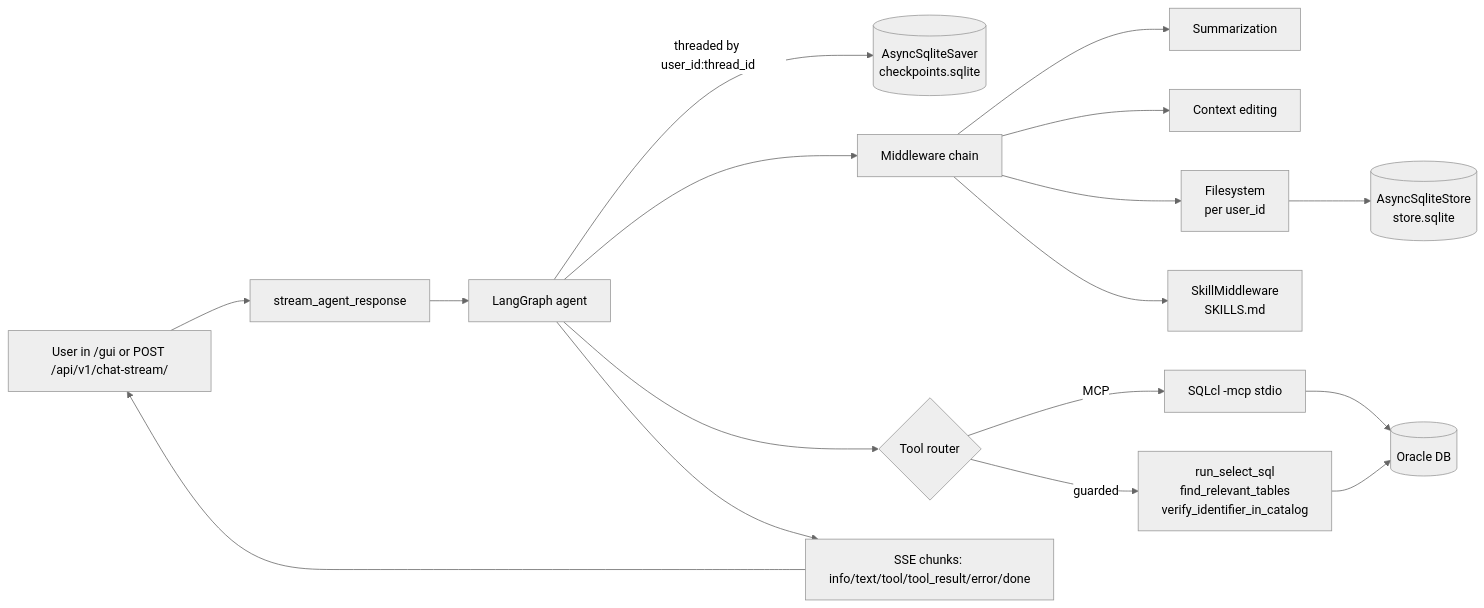
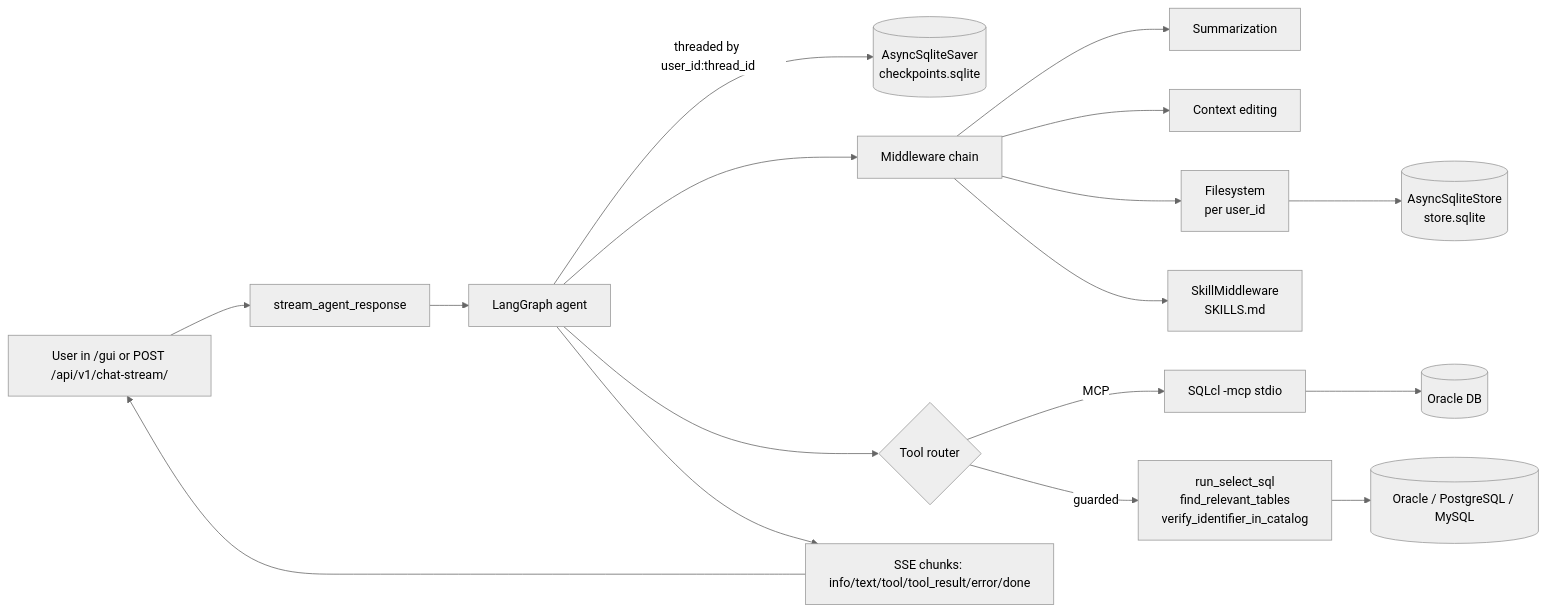
One commit to furbygaete/nl2sql-agent changed the diagram in README.md. Above: the diagram before and after it, drawn with Mermaid (neutral theme). The commit also changed other lines of this file and 25 other files, not shown here.

````diff
--- a/README.md
+++ b/README.md
@@ -9,19 +9,19 @@
 ```mermaid
 flowchart LR
   U[User in /gui or POST /api/v1/chat-stream/] --> Stream[stream_agent_response]
   Stream --> Agent[LangGraph agent]
   Agent -->|threaded by user_id:thread_id| Saver[(AsyncSqliteSaver<br/>checkpoints.sqlite)]
   Agent --> Mid[Middleware chain]
   Mid --> Sum[Summarization]
   Mid --> Edit[Context editing]
   Mid --> FS[Filesystem<br/>per user_id]
   FS --> Store[(AsyncSqliteStore<br/>store.sqlite)]
   Mid --> Skills[SkillMiddleware<br/>SKILLS.md]
   Agent --> Tools{Tool router}
   Tools -->|MCP| SQLcl[SQLcl -mcp stdio]
   SQLcl --> Oracle[(Oracle DB)]
   Tools -->|guarded| Safe[run_select_sql<br/>find_relevant_tables<br/>verify_identifier_in_catalog]
-  Safe --> Oracle
+  Safe --> DB[(Oracle / PostgreSQL / MySQL)]
   Agent --> SSE[SSE chunks: info/text/tool/tool_result/error/done]
   SSE --> U
 ```
````
